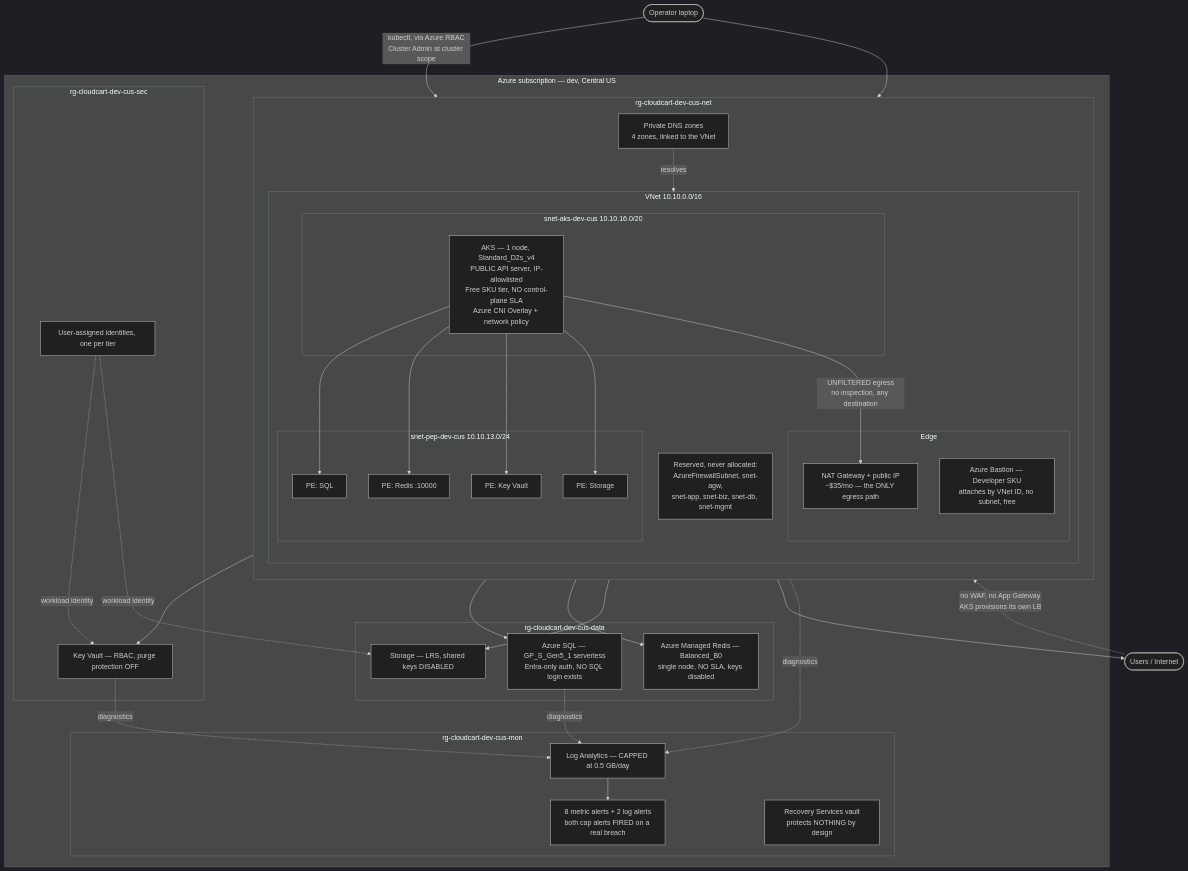
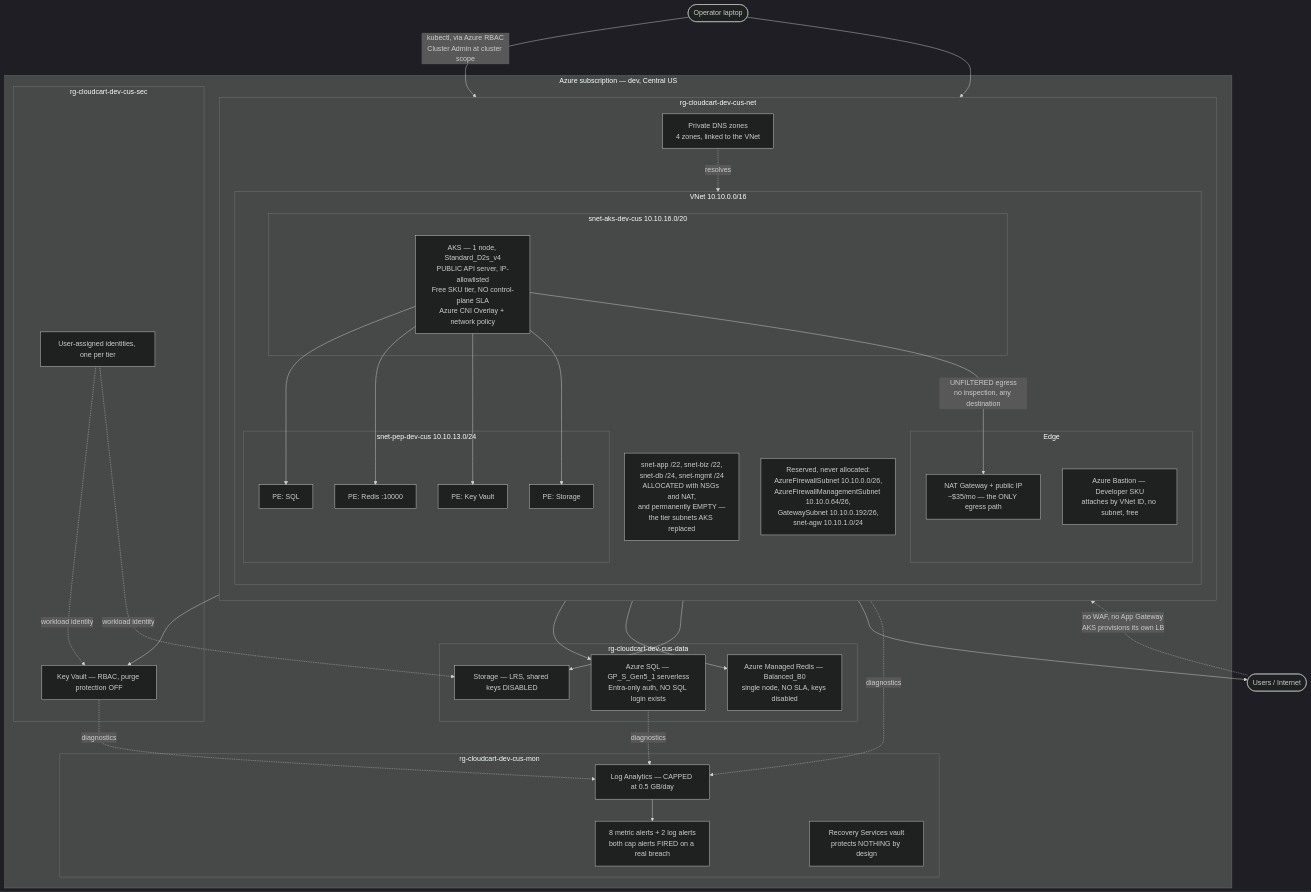
Before and after one commit to ravisinghrajput95/Azure-Terraform: the diagram in README.md, drawn with Mermaid (dark theme). The commit also changed 1 other file, not shown here.

````diff
--- a/README.md
+++ b/README.md
@@ -37,72 +37,73 @@
 ```mermaid
 flowchart TB
     Users(["Users / Internet"])
     Ops(["Operator laptop"])
 
     subgraph SUB["Azure subscription — dev, Central US"]
 
         subgraph RGNET["rg-cloudcart-dev-cus-net"]
             direction TB
             subgraph VNET["VNet 10.10.0.0/16"]
                 direction TB
 
                 subgraph EDGE["Edge"]
                     BAS["Azure Bastion — Developer SKU<br/>attaches by VNet ID, no subnet, free"]
                     NAT["NAT Gateway + public IP<br/>~$35/mo — the ONLY egress path"]
                 end
 
                 subgraph AKSNET["snet-aks-dev-cus 10.10.16.0/20"]
                     AKS["AKS — 1 node, Standard_D2s_v4<br/>PUBLIC API server, IP-allowlisted<br/>Free SKU tier, NO control-plane SLA<br/>Azure CNI Overlay + network policy"]
                 end
 
                 subgraph PEP["snet-pep-dev-cus 10.10.13.0/24"]
                     PESQL["PE: SQL"]
                     PERDS["PE: Redis :10000"]
                     PEKV["PE: Key Vault"]
                     PEST["PE: Storage"]
                 end
 
-                RESV["Reserved, never allocated:<br/>AzureFirewallSubnet, snet-agw,<br/>snet-app, snet-biz, snet-db, snet-mgmt"]
+                EMPTY["snet-app /22, snet-biz /22,<br/>snet-db /24, snet-mgmt /24<br/>ALLOCATED with NSGs and NAT,<br/>and permanently EMPTY —<br/>the tier subnets AKS replaced"]
+                RESV["Reserved, never allocated:<br/>AzureFirewallSubnet 10.10.0.0/26,<br/>AzureFirewallManagementSubnet 10.10.0.64/26,<br/>GatewaySubnet 10.10.0.192/26,<br/>snet-agw 10.10.1.0/24"]
             end
             PDNS["Private DNS zones<br/>4 zones, linked to the VNet"]
         end
 
         subgraph RGDATA["rg-cloudcart-dev-cus-data"]
             SQL["Azure SQL — GP_S_Gen5_1 serverless<br/>Entra-only auth, NO SQL login exists"]
             RDS["Azure Managed Redis — Balanced_B0<br/>single node, NO SLA, keys disabled"]
             ST["Storage — LRS, shared keys DISABLED"]
         end
 
         subgraph RGSEC["rg-cloudcart-dev-cus-sec"]
             KV["Key Vault — RBAC, purge protection OFF"]
             MI["User-assigned identities, one per tier"]
         end
 
         subgraph RGMON["rg-cloudcart-dev-cus-mon"]
             LAW["Log Analytics — CAPPED at 0.5 GB/day"]
             MON["8 metric alerts + 2 log alerts<br/>both cap alerts FIRED on a real breach"]
             RSV["Recovery Services vault<br/>protects NOTHING by design"]
         end
     end
 
     Users -.->|"no WAF, no App Gateway<br/>AKS provisions its own LB"| AKS
     Ops -->|"kubectl, via Azure RBAC<br/>Cluster Admin at cluster scope"| AKS
     Ops --> BAS
     AKS --> PESQL
     AKS --> PERDS
     AKS --> PEKV
     AKS --> PEST
     PESQL --> SQL
     PERDS --> RDS
     PEKV --> KV
     PEST --> ST
     PDNS -.resolves.-> PEP
     AKS -->|"UNFILTERED egress<br/>no inspection, any destination"| NAT
     NAT --> Users
     MI -.workload identity.-> KV
     MI -.workload identity.-> ST
     AKS -.diagnostics.-> LAW
     SQL -.diagnostics.-> LAW
     KV -.diagnostics.-> LAW
     LAW --> MON
 ```
````
